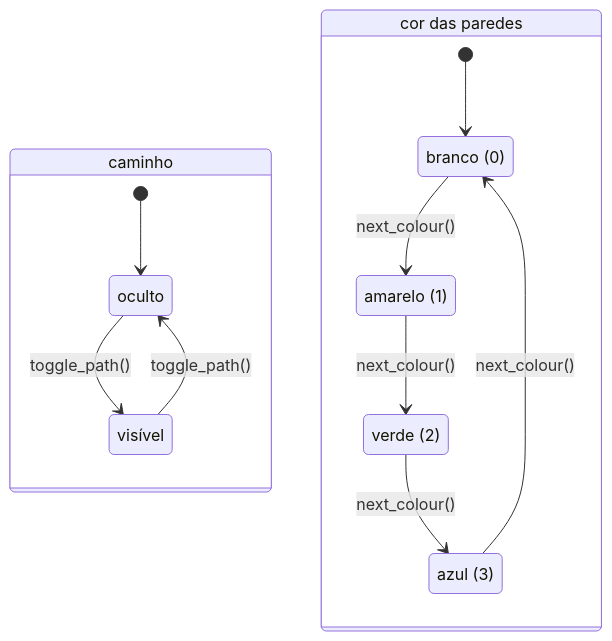
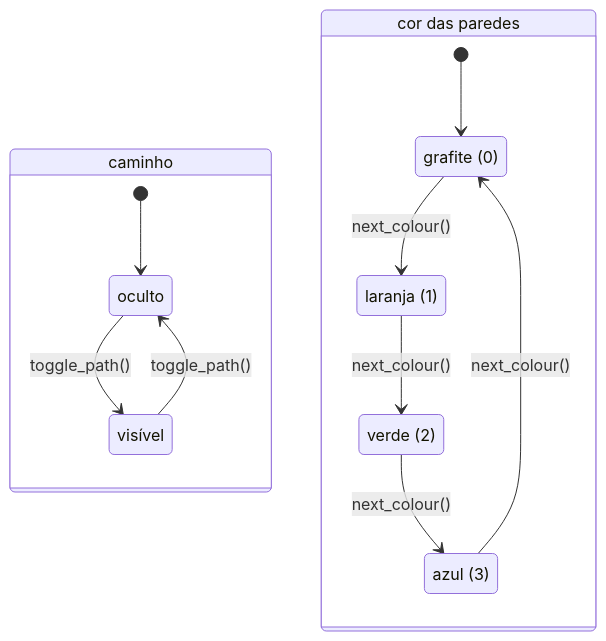
The diagram in python/a-maze-ing/tutorial/docs/13-tela/07-os-metodos-do-view-state.md (navegar-sistemas/dojo), drawn with Mermaid before and after one commit. The commit also changed other lines of this file and 79 other files, not shown here.

````diff
--- a/python/a-maze-ing/tutorial/docs/13-tela/07-os-metodos-do-view-state.md
+++ b/python/a-maze-ing/tutorial/docs/13-tela/07-os-metodos-do-view-state.md
@@ -81,21 +82,21 @@
 ```mermaid
 stateDiagram-v2
     state "caminho" as caminho {
         state "oculto" as oculto
         state "visível" as visivel
         [*] --> oculto
         oculto --> visivel: toggle_path()
         visivel --> oculto: toggle_path()
     }
     state "cor das paredes" as cor {
-        state "branco (0)" as branco
-        state "amarelo (1)" as amarelo
+        state "grafite (0)" as grafite
+        state "laranja (1)" as laranja
         state "verde (2)" as verde
         state "azul (3)" as azul
-        [*] --> branco
-        branco --> amarelo: next_colour()
-        amarelo --> verde: next_colour()
+        [*] --> grafite
+        grafite --> laranja: next_colour()
+        laranja --> verde: next_colour()
         verde --> azul: next_colour()
-        azul --> branco: next_colour()
+        azul --> grafite: next_colour()
     }
 ```
````
